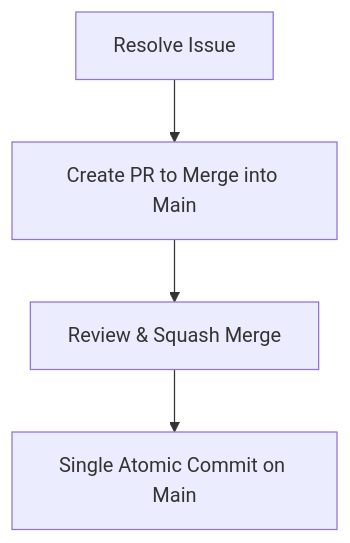
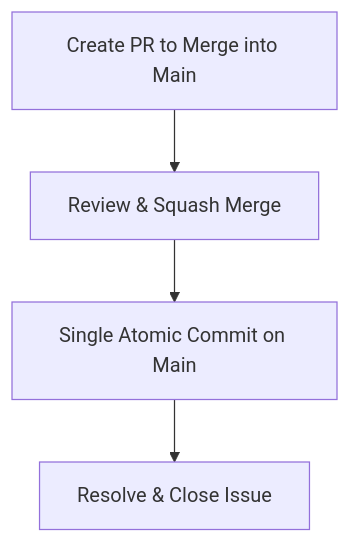
Before and after one commit to kartikg33/3CommitMethod: the fifth of 5 diagrams in README.md, drawn with Mermaid. The commit also changed other lines of this file, not shown here.

````diff
--- a/README.md
+++ b/README.md
@@ -51,6 +91,6 @@
    ```mermaid
    graph TD;
-       L[Resolve Issue] --> M[Create PR to Merge into Main];
-       M --> N[Review & Squash Merge];
+       M[Create PR to Merge into Main] --> N[Review & Squash Merge];
        N --> O[Single Atomic Commit on Main];
+       O --> P[Resolve & Close Issue];
    ```
````
